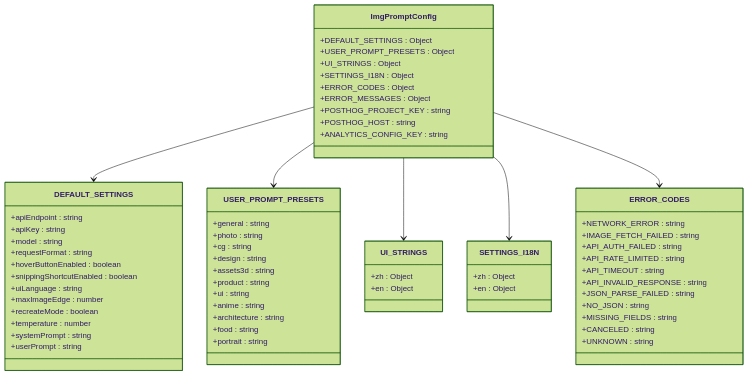
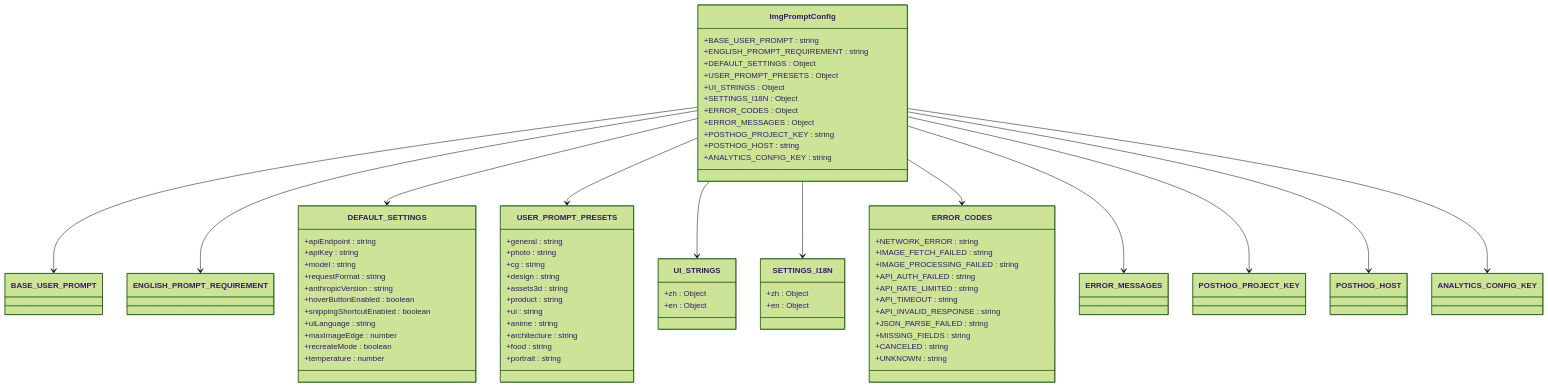
One commit to binasi/Img2Prompt changed the fifth of 11 diagrams in .qoder/repowiki/zh/content/技术架构/核心模块分析/配置管理模块 (config.js).md. Above: the diagram before and after it, drawn with Mermaid (forest theme). The commit also changed other lines of this file and 9 other files, not shown here.

````diff
--- a/.qoder/repowiki/zh/content/技术架构/核心模块分析/配置管理模块 (config.js).md
+++ b/.qoder/repowiki/zh/content/技术架构/核心模块分析/配置管理模块 (config.js).md
@@ -327,67 +373,74 @@
 ```mermaid
 classDiagram
 class ImgPromptConfig {
++BASE_USER_PROMPT : string
++ENGLISH_PROMPT_REQUIREMENT : string
 +DEFAULT_SETTINGS : Object
 +USER_PROMPT_PRESETS : Object
 +UI_STRINGS : Object
 +SETTINGS_I18N : Object
 +ERROR_CODES : Object
 +ERROR_MESSAGES : Object
 +POSTHOG_PROJECT_KEY : string
 +POSTHOG_HOST : string
 +ANALYTICS_CONFIG_KEY : string
 }
 class DEFAULT_SETTINGS {
 +apiEndpoint : string
 +apiKey : string
 +model : string
 +requestFormat : string
++anthropicVersion : string
 +hoverButtonEnabled : boolean
 +snippingShortcutEnabled : boolean
 +uiLanguage : string
 +maxImageEdge : number
 +recreateMode : boolean
 +temperature : number
-+systemPrompt : string
-+userPrompt : string
 }
 class USER_PROMPT_PRESETS {
 +general : string
 +photo : string
 +cg : string
 +design : string
 +assets3d : string
 +product : string
 +ui : string
 +anime : string
 +architecture : string
 +food : string
 +portrait : string
 }
 class UI_STRINGS {
 +zh : Object
 +en : Object
 }
 class SETTINGS_I18N {
 +zh : Object
 +en : Object
 }
 class ERROR_CODES {
 +NETWORK_ERROR : string
 +IMAGE_FETCH_FAILED : string
++IMAGE_PROCESSING_FAILED : string
 +API_AUTH_FAILED : string
 +API_RATE_LIMITED : string
 +API_TIMEOUT : string
 +API_INVALID_RESPONSE : string
 +JSON_PARSE_FAILED : string
-+NO_JSON : string
 +MISSING_FIELDS : string
 +CANCELED : string
 +UNKNOWN : string
 }
+ImgPromptConfig --> BASE_USER_PROMPT
+ImgPromptConfig --> ENGLISH_PROMPT_REQUIREMENT
 ImgPromptConfig --> DEFAULT_SETTINGS
 ImgPromptConfig --> USER_PROMPT_PRESETS
 ImgPromptConfig --> UI_STRINGS
 ImgPromptConfig --> SETTINGS_I18N
 ImgPromptConfig --> ERROR_CODES
+ImgPromptConfig --> ERROR_MESSAGES
+ImgPromptConfig --> POSTHOG_PROJECT_KEY
+ImgPromptConfig --> POSTHOG_HOST
+ImgPromptConfig --> ANALYTICS_CONFIG_KEY
 ```
````
